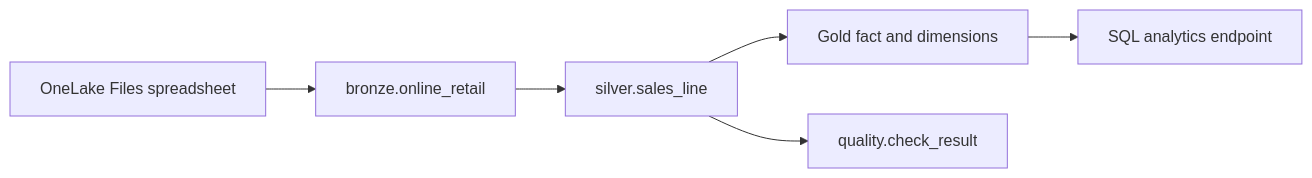
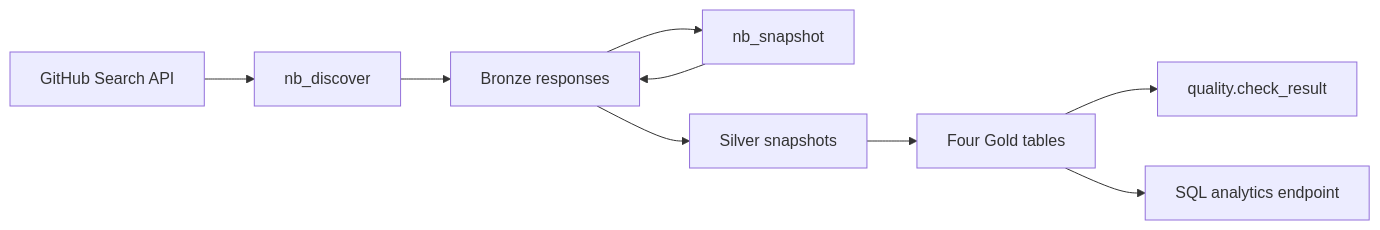
Before and after one commit to alexpberger/abc-github-ecosystem-intelligence: the diagram in README.md, drawn with Mermaid. The commit also changed other lines of this file and 41 other files, not shown here.

First line of the commit message:
Replace the retail demo with a GitHub ecosystem lakehouse.

````diff
--- a/README.md
+++ b/README.md
@@ -13,8 +13,11 @@
 ```mermaid
 flowchart LR
-  xlsx["OneLake Files spreadsheet"] --> bronze["bronze.online_retail"]
-  bronze --> silver["silver.sales_line"]
-  silver --> gold["Gold fact and dimensions"]
-  silver --> quality["quality.check_result"]
+  search["GitHub Search API"] --> discover["nb_discover"]
+  discover --> bronze["Bronze responses"]
+  bronze --> snapshot["nb_snapshot"]
+  snapshot --> bronze
+  bronze --> silver["Silver snapshots"]
+  silver --> gold["Four Gold tables"]
+  gold --> quality["quality.check_result"]
   gold --> sql["SQL analytics endpoint"]
 ```
````
